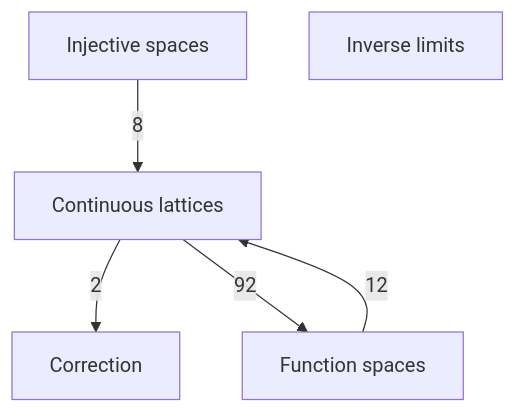
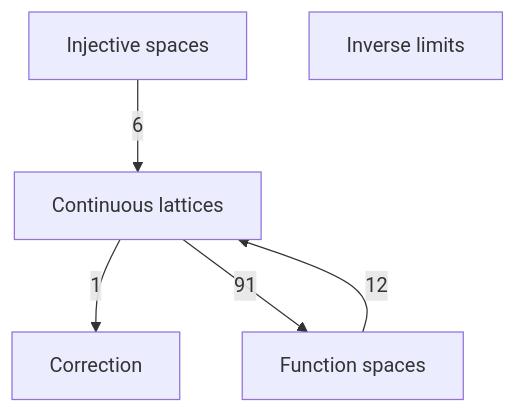
Before and after one commit to catskillsresearch/DomainTheory: the diagram in DomainTheory/1972_ContinuousLattices.mermaid, drawn with Mermaid. The commit also changed 28 other files, not shown here.

```diff
--- a/DomainTheory/1972_ContinuousLattices.mermaid
+++ b/DomainTheory/1972_ContinuousLattices.mermaid
@@ -1,18 +1,18 @@
 %% Each box is one section from 1972_ContinuousLattices.md (Introduction omitted).
 %% Each box is one outline note from the chapter index.
 %% Arrowhead on the importer. The number is a direct-import count.
 %% An arrow already implied by a longer path is omitted.
 flowchart TB
 
   CL["Continuous lattices"]
   COR["Correction"]
   FS["Function spaces"]
   INJ["Injective spaces"]
   LIM["Inverse limits"]
 
   FS -->|"12"| CL
-  INJ -->|"8"| CL
-  CL -->|"2"| COR
-  CL -->|"92"| FS
+  INJ -->|"6"| CL
+  CL -->|"1"| COR
+  CL -->|"91"| FS
 
   classDef section fill:#dbeafe,stroke:#1d4ed8,color:#1e3a8a
```
